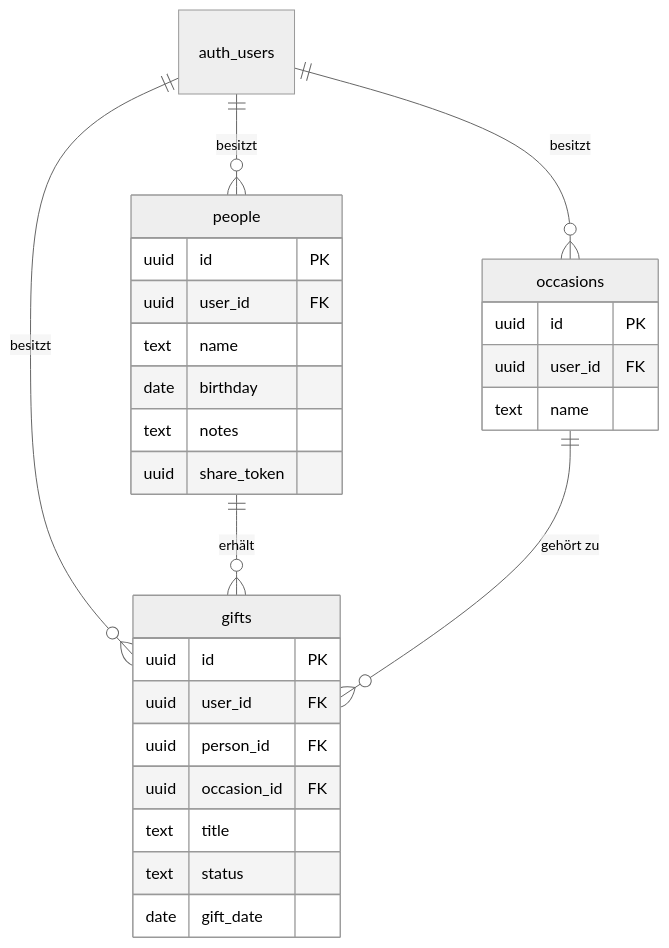
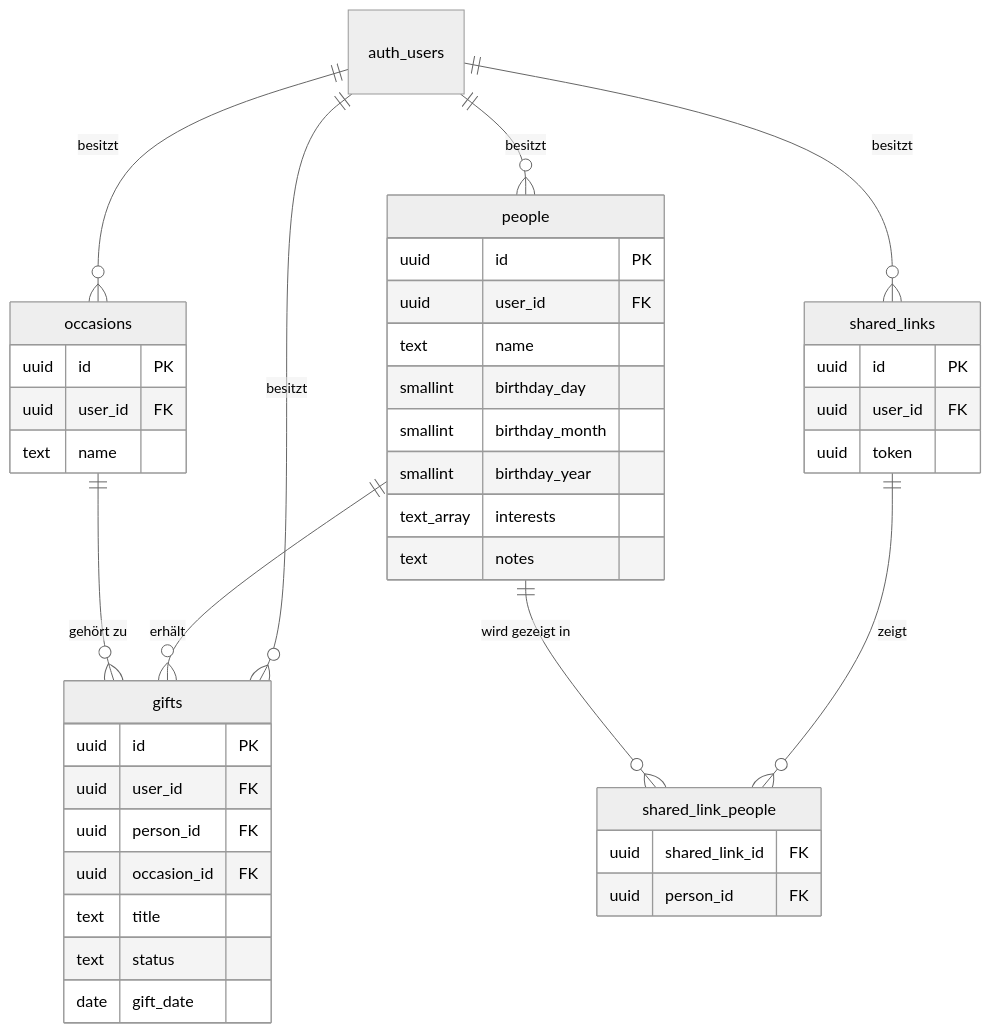
The diagram in docs/database-schema.md (Projekt-ISEF01-Geschenke-Manager/ISEF01-Geschenke-Manager), drawn with Mermaid (neutral theme) before and after one commit. The commit also changed other lines of this file and 1 other file, not shown here.

First line of the commit message:
Schema: Geburtstag (Jahr optional), Interessen-Tags, Teilen-Links

````diff
--- a/docs/database-schema.md
+++ b/docs/database-schema.md
@@ -13,31 +15,45 @@
 ```mermaid
 erDiagram
     auth_users ||--o{ people : "besitzt"
     auth_users ||--o{ occasions : "besitzt"
     auth_users ||--o{ gifts : "besitzt"
+    auth_users ||--o{ shared_links : "besitzt"
     people ||--o{ gifts : "erhält"
     occasions ||--o{ gifts : "gehört zu"
+    shared_links ||--o{ shared_link_people : "zeigt"
+    people ||--o{ shared_link_people : "wird gezeigt in"
 
     people {
         uuid id PK
         uuid user_id FK
         text name
-        date birthday
+        smallint birthday_day
+        smallint birthday_month
+        smallint birthday_year
+        text_array interests
         text notes
-        uuid share_token
     }
     occasions {
         uuid id PK
         uuid user_id FK
         text name
     }
     gifts {
         uuid id PK
         uuid user_id FK
         uuid person_id FK
         uuid occasion_id FK
         text title
         text status
         date gift_date
     }
+    shared_links {
+        uuid id PK
+        uuid user_id FK
+        uuid token
+    }
+    shared_link_people {
+        uuid shared_link_id FK
+        uuid person_id FK
+    }
 ```
````
